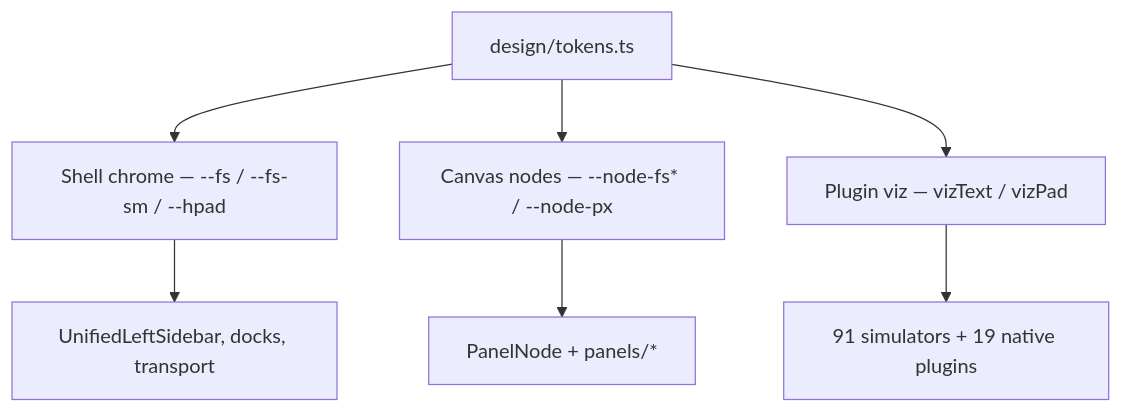
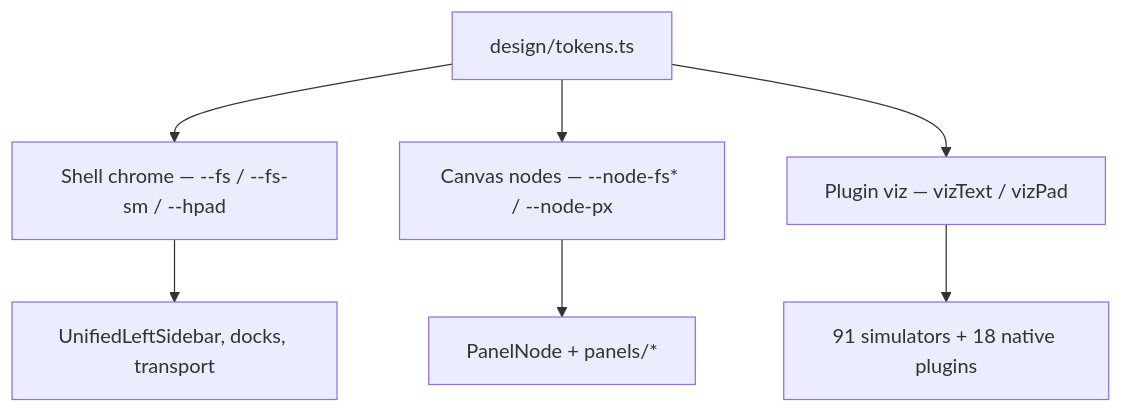
Before and after one commit to samir-ahmed-ai/algo-moves: the diagram in algo-moves/src/design/README.md, drawn with Mermaid. The commit also changed 367 other files, not shown here.

````diff
--- a/algo-moves/src/design/README.md
+++ b/algo-moves/src/design/README.md
@@ -5,10 +5,10 @@
 ```mermaid
 flowchart TB
   design["design/tokens.ts"]
   design --> shell["Shell chrome — --fs / --fs-sm / --hpad"]
   design --> canvas["Canvas nodes — --node-fs* / --node-px"]
   design --> viz["Plugin viz — vizText / vizPad"]
   shell --> sidebars["UnifiedLeftSidebar, docks, transport"]
   canvas --> panelNode["PanelNode + panels/*"]
-  viz --> simulators["91 simulators + 19 native plugins"]
+  viz --> simulators["91 simulators + 18 native plugins"]
 ```
````
